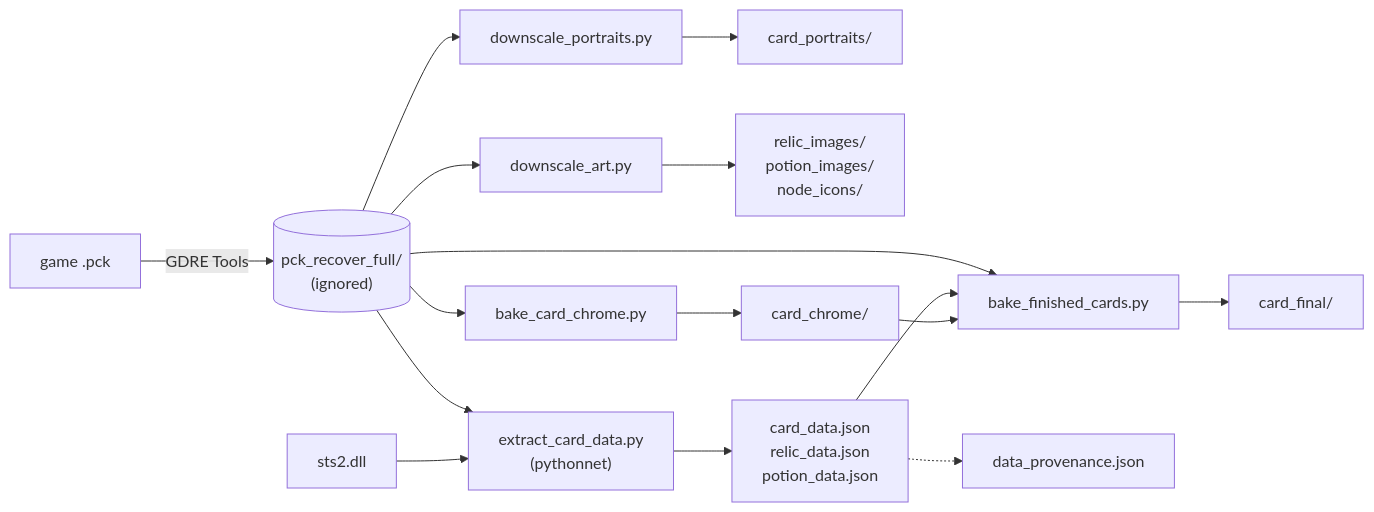
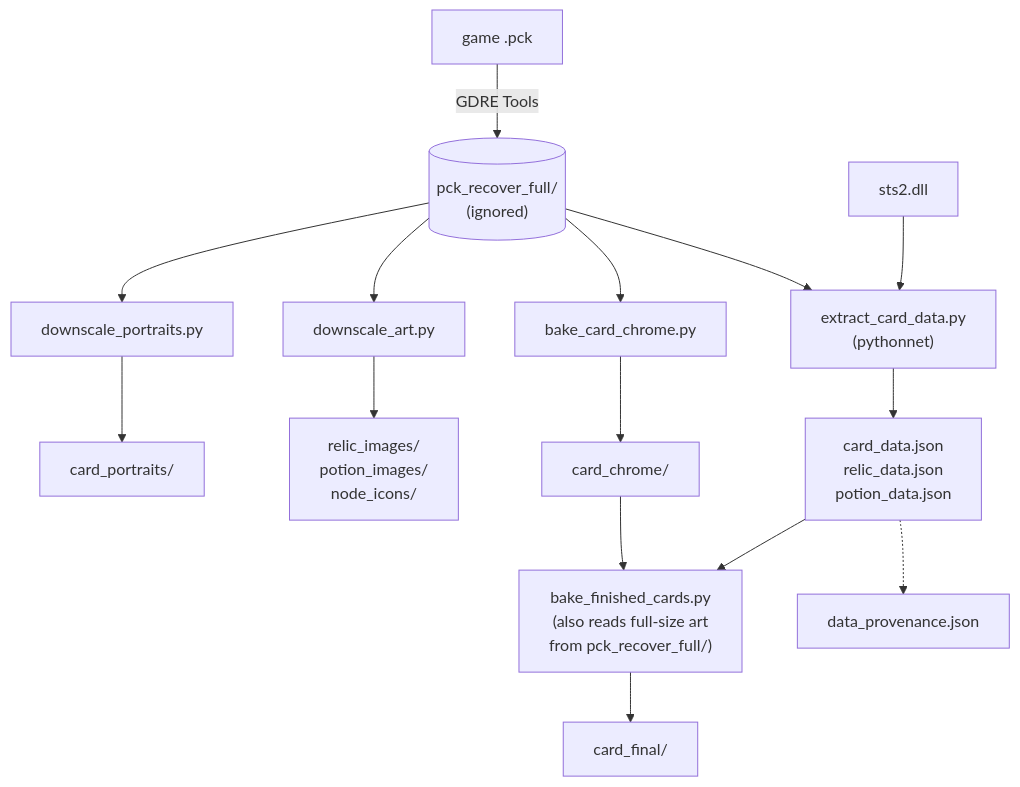
The sixth of 6 diagrams in README.md (johnstonjesse329/slay-my-stats), drawn with Mermaid before and after one commit. The commit also changed other lines of this file and 11 other files, not shown here.

First line of the commit message:
README: AWS architecture diagram, profile screenshots, cleaner charts (draft)

````diff
--- a/README.md
+++ b/README.md
@@ -392,14 +373,18 @@
 ```mermaid
-flowchart LR
+flowchart TB
     pck["game .pck"] -- "GDRE Tools" --> rec[("pck_recover_full/<br/>(ignored)")]
-    dll["sts2.dll"] --> extract
-    rec --> portraits["downscale_portraits.py"] --> cp["card_portraits/"]
-    rec --> art["downscale_art.py"] --> ra["relic_images/<br/>potion_images/<br/>node_icons/"]
-    rec --> extract["extract_card_data.py<br/>(pythonnet)"] --> json["card_data.json<br/>relic_data.json<br/>potion_data.json"]
-    rec --> chrome["bake_card_chrome.py"] --> cc["card_chrome/"]
-    cc --> final["bake_finished_cards.py"]
+    dll["sts2.dll"]
+    rec --> portraits["downscale_portraits.py"]
+    rec --> art["downscale_art.py"]
+    rec --> chrome["bake_card_chrome.py"]
+    rec --> extract["extract_card_data.py<br/>(pythonnet)"]
+    dll --> extract
+    portraits --> cp["card_portraits/"]
+    art --> ra["relic_images/<br/>potion_images/<br/>node_icons/"]
+    chrome --> cc["card_chrome/"]
+    extract --> json["card_data.json<br/>relic_data.json<br/>potion_data.json"]
+    cc --> final["bake_finished_cards.py<br/>(also reads full-size art<br/>from pck_recover_full/)"]
     json --> final
-    rec --> final
+    json -.-> prov["data_provenance.json"]
     final --> cf["card_final/"]
-    json -.-> prov["data_provenance.json"]
 ```
````
